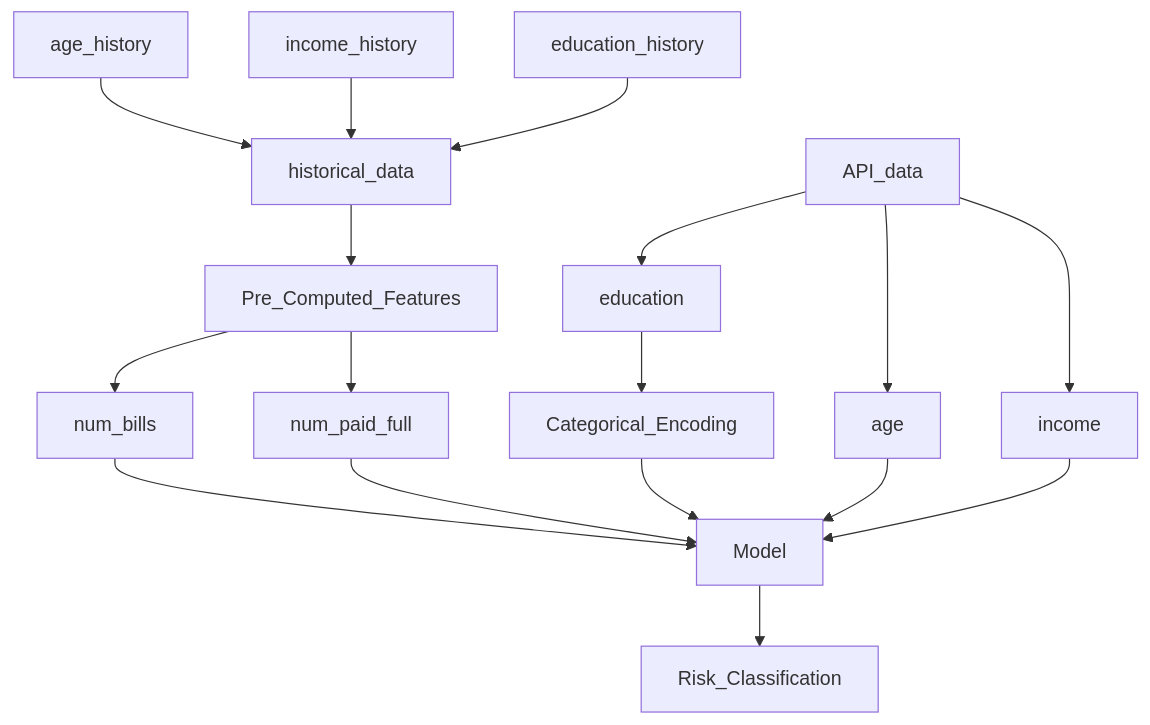
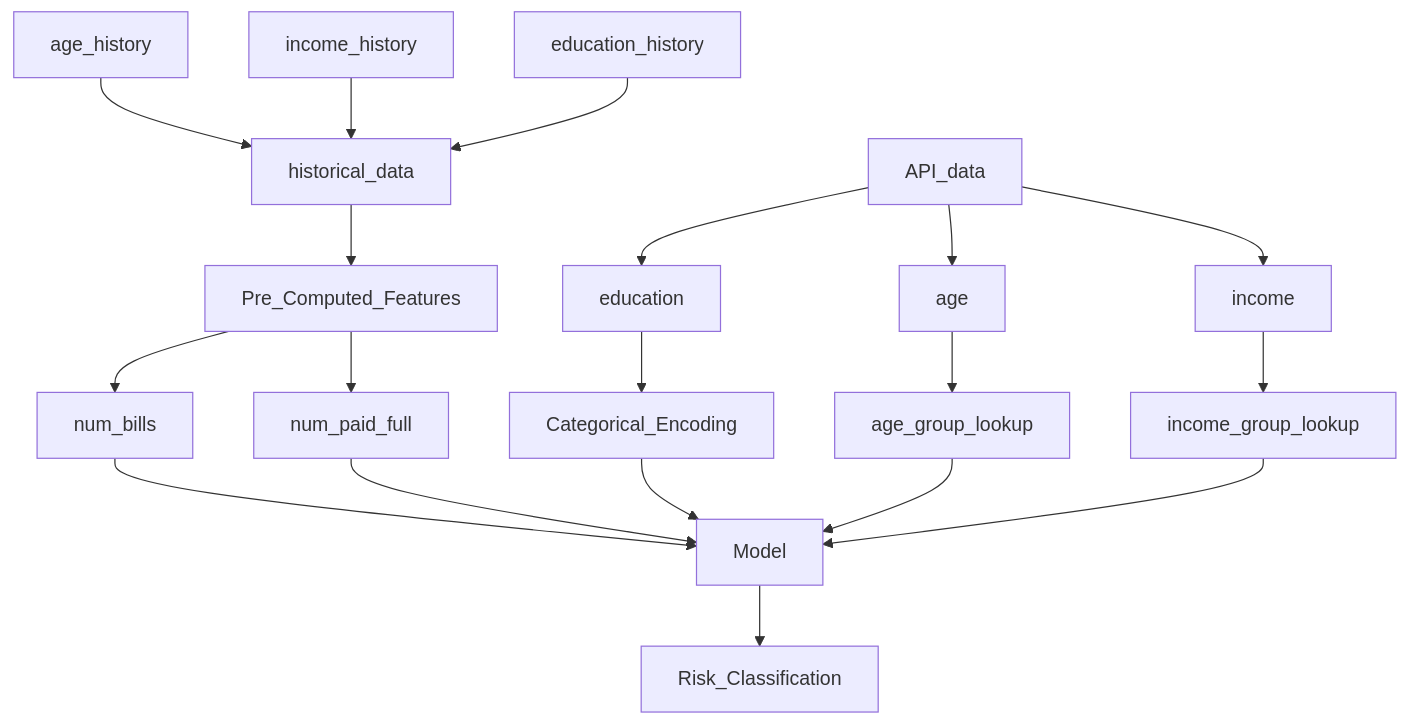
One commit to SathishRama/features_demo changed the third of 3 diagrams in README.md. Above: the diagram before and after it, drawn with Mermaid. The commit also changed other lines of this file and 7 other files, not shown here.

````diff
--- a/README.md
+++ b/README.md
@@ -47,21 +48,23 @@
 ```mermaid
 graph TD;
       API_data --> age;
       API_data --> income;
       API_data --> education;
       education --> Categorical_Encoding;
       age_history --> historical_data;
       income_history --> historical_data;
       education_history --> historical_data;
       historical_data --> Pre_Computed_Features;
       Pre_Computed_Features --> num_bills;
       Pre_Computed_Features -->num_paid_full;
       num_bills --> Model;
       num_paid_full --> Model;
       Categorical_Encoding --> Model;
-      age --> Model;
-      income --> Model;
+      age --> age_group_lookup;
+      age_group_lookup --> Model;
+      income --> income_group_lookup;
+      income_group_lookup --> Model
       Model --> Risk_Classification
      
      
 ```
````
